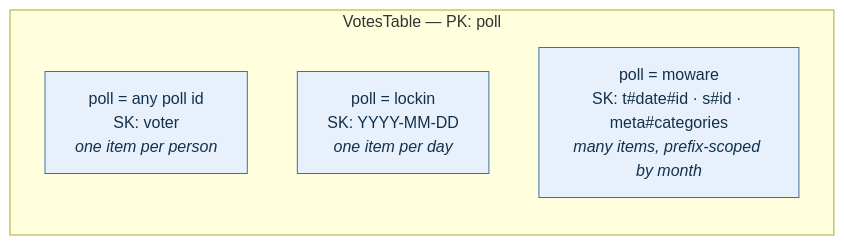
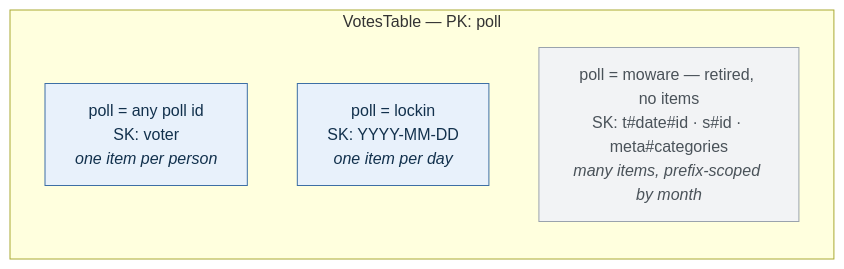
One commit to amirrhkm/flexsite changed the third of 3 diagrams in cdk/ARCHITECTURE.md. Above: the diagram before and after it, drawn with Mermaid. The commit also changed other lines of this file and 2 other files, not shown here.

First line of the commit message:
docs: reflect Moware's retirement across the docs

````diff
--- a/cdk/ARCHITECTURE.md
+++ b/cdk/ARCHITECTURE.md
@@ -60,12 +65,14 @@
 ```mermaid
 flowchart TB
   subgraph tbl["VotesTable — PK: poll"]
     direction TB
     p1["poll = any poll id<br/>SK: voter<br/><i>one item per person</i>"]
     p2["poll = lockin<br/>SK: YYYY-MM-DD<br/><i>one item per day</i>"]
-    p3["poll = moware<br/>SK: t#date#id · s#id · meta#categories<br/><i>many items, prefix-scoped by month</i>"]
+    p3["poll = moware — retired, no items<br/>SK: t#date#id · s#id · meta#categories<br/><i>many items, prefix-scoped by month</i>"]
   end
 
   classDef part fill:#e8f1fb,stroke:#3d6fa5,color:#12314d
-  class p1,p2,p3 part
+  classDef gone fill:#f2f3f5,stroke:#9aa3ad,color:#4a5259
+  class p1,p2 part
+  class p3 gone
 ```
````
